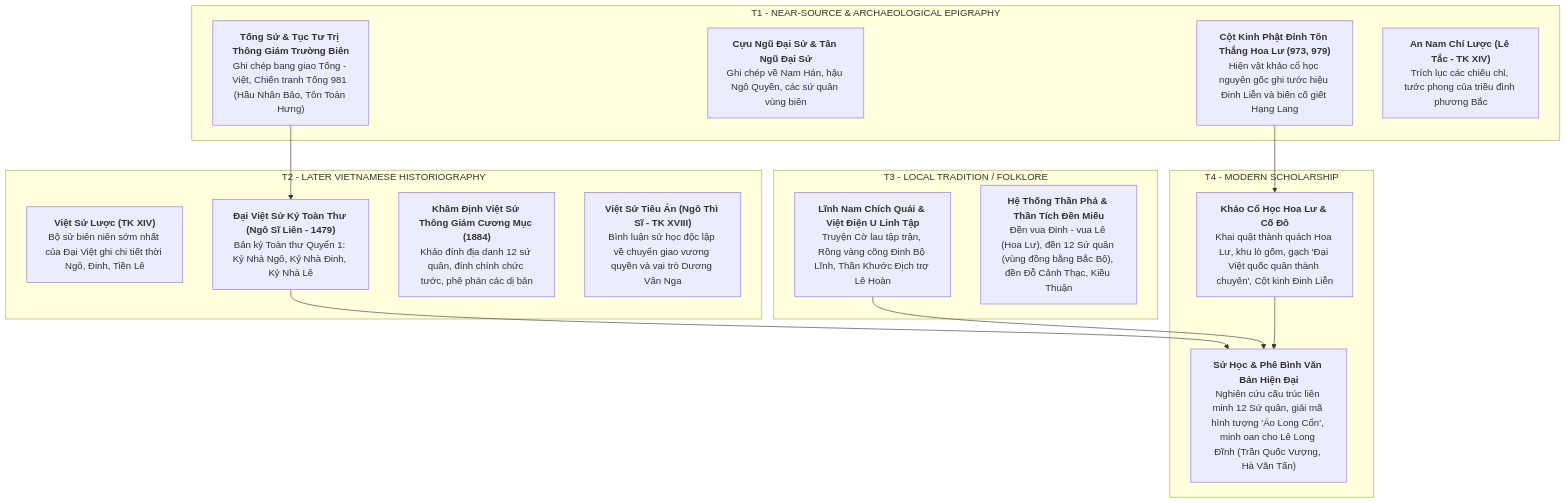
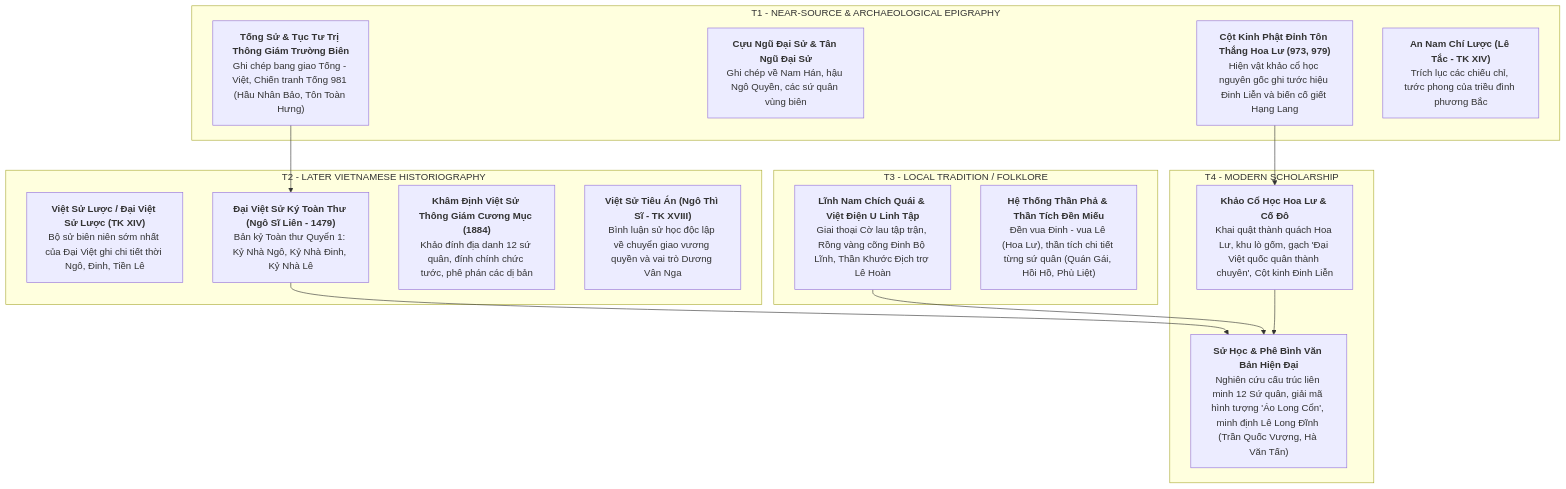
Before and after one commit to LightDucan/HuyenSu-TD: the first of 2 diagrams in docs/drafts/viet-su/939-1009/sources.md, drawn with Mermaid. The commit also changed other lines of this file and 3 other files, not shown here.

````diff
--- a/docs/drafts/viet-su/939-1009/sources.md
+++ b/docs/drafts/viet-su/939-1009/sources.md
@@ -13,32 +13,32 @@
 ```mermaid
 graph TD
     subgraph T1 - NEAR-SOURCE & ARCHAEOLOGICAL EPIGRAPHY
         T1_1["<b>Tống Sử & Tục Tư Trị Thông Giám Trường Biên</b><br>Ghi chép bang giao Tống - Việt, Chiến tranh Tống 981 (Hầu Nhân Bảo, Tôn Toàn Hưng)"]
         T1_2["<b>Cựu Ngũ Đại Sử & Tân Ngũ Đại Sử</b><br>Ghi chép về Nam Hán, hậu Ngô Quyền, các sứ quân vùng biên"]
         T1_3["<b>Cột Kinh Phật Đỉnh Tôn Thắng Hoa Lư (973, 979)</b><br>Hiện vật khảo cổ học nguyên gốc ghi tước hiệu Đinh Liễn và biến cố giết Hạng Lang"]
         T1_4["<b>An Nam Chí Lược (Lê Tắc - TK XIV)</b><br>Trích lục các chiếu chỉ, tước phong của triều đình phương Bắc"]
     end
 
     subgraph T2 - LATER VIETNAMESE HISTORIOGRAPHY
-        T2_1["<b>Việt Sử Lược (TK XIV)</b><br>Bộ sử biên niên sớm nhất của Đại Việt ghi chi tiết thời Ngô, Đinh, Tiền Lê"]
+        T2_1["<b>Việt Sử Lược / Đại Việt Sử Lược (TK XIV)</b><br>Bộ sử biên niên sớm nhất của Đại Việt ghi chi tiết thời Ngô, Đinh, Tiền Lê"]
         T2_2["<b>Đại Việt Sử Ký Toàn Thư (Ngô Sĩ Liên - 1479)</b><br>Bản kỷ Toàn thư Quyển 1: Kỷ Nhà Ngô, Kỷ Nhà Đinh, Kỷ Nhà Lê"]
         T2_3["<b>Khâm Định Việt Sử Thông Giám Cương Mục (1884)</b><br>Khảo đính địa danh 12 sứ quân, đính chính chức tước, phê phán các dị bản"]
         T2_4["<b>Việt Sử Tiêu Án (Ngô Thì Sĩ - TK XVIII)</b><br>Bình luận sử học độc lập về chuyển giao vương quyền và vai trò Dương Vân Nga"]
     end
 
     subgraph T3 - LOCAL TRADITION / FOLKLORE
-        T3_1["<b>Lĩnh Nam Chích Quái & Việt Điện U Linh Tập</b><br>Truyện Cờ lau tập trận, Rồng vàng cõng Đinh Bộ Lĩnh, Thần Khước Địch trợ Lê Hoàn"]
-        T3_2["<b>Hệ Thống Thần Phả & Thần Tích Đền Miếu</b><br>Đền vua Đinh - vua Lê (Hoa Lư), đền 12 Sứ quân (vùng đồng bằng Bắc Bộ), đền Đỗ Cảnh Thạc, Kiều Thuận"]
+        T3_1["<b>Lĩnh Nam Chích Quái & Việt Điện U Linh Tập</b><br>Giai thoại Cờ lau tập trận, Rồng vàng cõng Đinh Bộ Lĩnh, Thần Khước Địch trợ Lê Hoàn"]
+        T3_2["<b>Hệ Thống Thần Phả & Thần Tích Đền Miếu</b><br>Đền vua Đinh - vua Lê (Hoa Lư), thần tích chi tiết từng sứ quân (Quán Gái, Hồi Hồ, Phù Liệt)"]
     end
 
     subgraph T4 - MODERN SCHOLARSHIP
         T4_1["<b>Khảo Cổ Học Hoa Lư & Cố Đô</b><br>Khai quật thành quách Hoa Lư, khu lò gốm, gạch 'Đại Việt quốc quân thành chuyên', Cột kinh Đinh Liễn"]
-        T4_2["<b>Sử Học & Phê Bình Văn Bản Hiện Đại</b><br>Nghiên cứu cấu trúc liên minh 12 Sứ quân, giải mã hình tượng 'Áo Long Cổn', minh oan cho Lê Long Đĩnh (Trần Quốc Vượng, Hà Văn Tấn)"]
+        T4_2["<b>Sử Học & Phê Bình Văn Bản Hiện Đại</b><br>Nghiên cứu cấu trúc liên minh 12 Sứ quân, giải mã hình tượng 'Áo Long Cổn', minh định Lê Long Đĩnh (Trần Quốc Vượng, Hà Văn Tấn)"]
     end
 
     T1_1 --> T2_2
     T1_3 --> T4_1
     T2_2 --> T4_2
     T3_1 --> T4_2
     T4_1 --> T4_2
 ```
````
